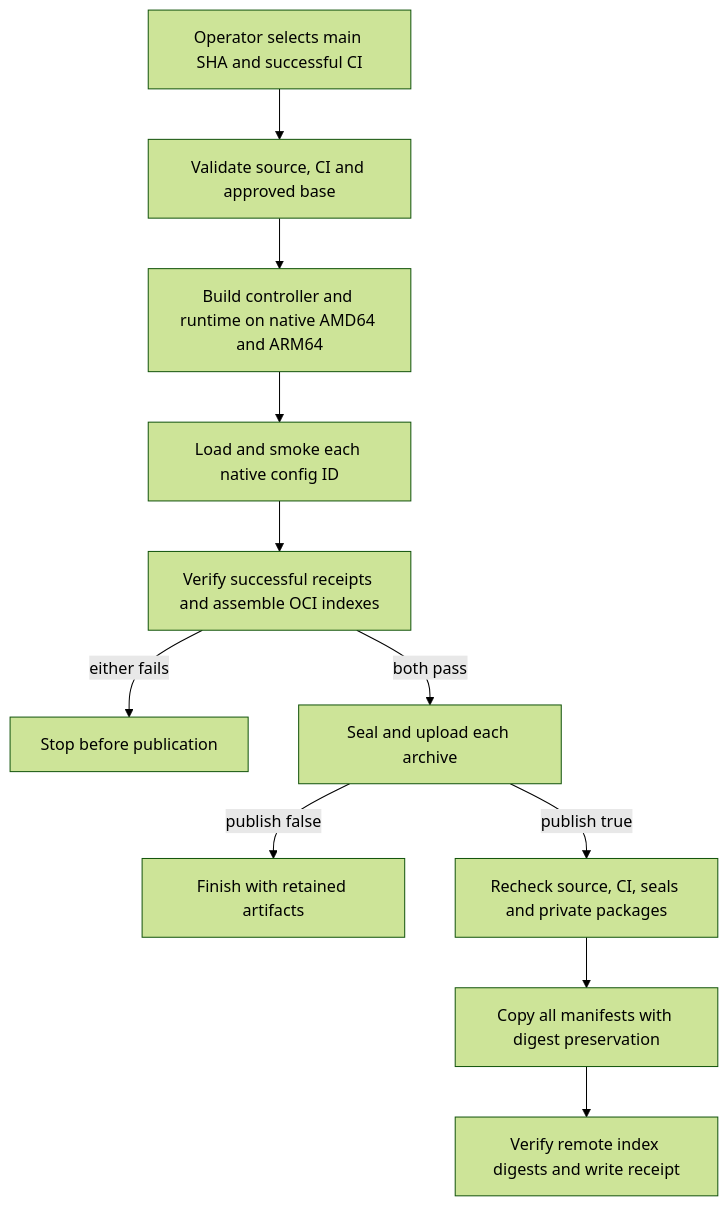
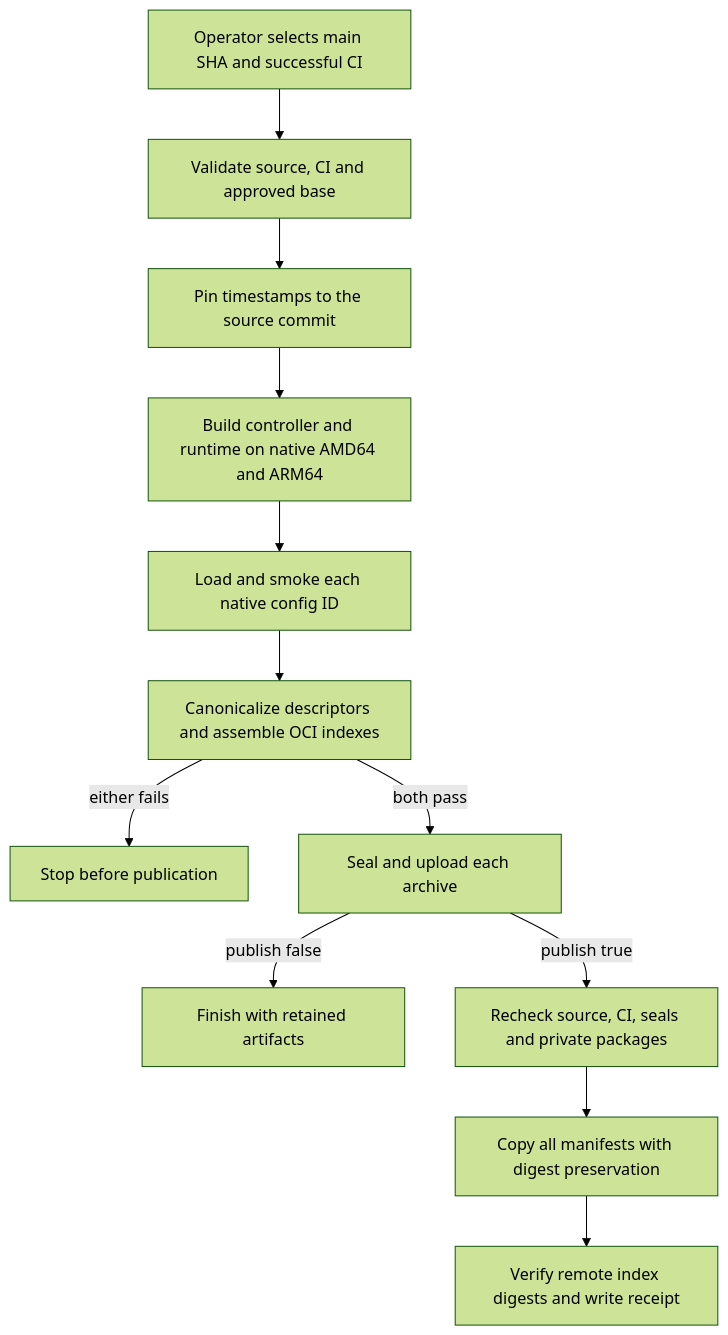
Before and after one commit to openclaw/openclaw-enterprise: the diagram in docs/flows/container-publication.md, drawn with Mermaid (forest theme). The commit also changed other lines of this file and 4 other files, not shown here.

Commit message:
fix(release): stabilize same-source image publication

````diff
--- a/docs/flows/container-publication.md
+++ b/docs/flows/container-publication.md
@@ -29,13 +29,14 @@
 ```mermaid
 graph TD
   A["Operator selects main SHA and successful CI"] --> B["Validate source, CI and approved base"]
-  B --> C["Build controller and runtime on native AMD64 and ARM64"]
-  C --> D["Load and smoke each native config ID"]
-  D --> E["Verify successful receipts and assemble OCI indexes"]
-  E -->|either fails| X["Stop before publication"]
-  E -->|both pass| F["Seal and upload each archive"]
+  B --> C["Pin timestamps to the source commit"]
+  C --> D["Build controller and runtime on native AMD64 and ARM64"]
+  D --> E["Load and smoke each native config ID"]
+  E --> H["Canonicalize descriptors and assemble OCI indexes"]
+  H -->|either fails| X["Stop before publication"]
+  H -->|both pass| F["Seal and upload each archive"]
   F -->|publish false| G["Finish with retained artifacts"]
   F -->|publish true| I["Recheck source, CI, seals and private packages"]
   I --> J["Copy all manifests with digest preservation"]
   J --> K["Verify remote index digests and write receipt"]
 ```
````
